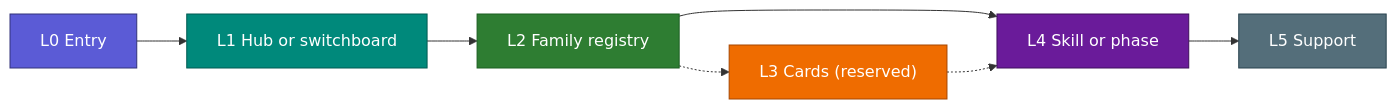
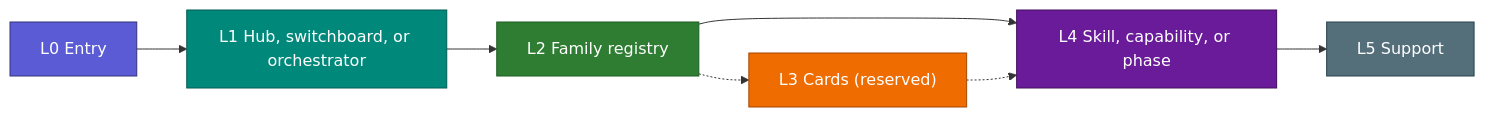
One commit to geekybobz/skills_ai changed the diagram in docs/05_COLOR_LAYERS.md. Above: the diagram before and after it, drawn with Mermaid. The commit also changed other lines of this file and 173 other files, not shown here.

````diff
--- a/docs/05_COLOR_LAYERS.md
+++ b/docs/05_COLOR_LAYERS.md
@@ -25,19 +28,19 @@
 ```mermaid
 flowchart LR
   classDef L0 fill:#5B5BD6,color:#fff,stroke:#32327A
   classDef L1 fill:#00897B,color:#fff,stroke:#005B52
   classDef L2 fill:#2E7D32,color:#fff,stroke:#1B5E20
   classDef L3 fill:#EF6C00,color:#fff,stroke:#A64700
   classDef L4 fill:#6A1B9A,color:#fff,stroke:#3E0F5C
   classDef L5 fill:#546E7A,color:#fff,stroke:#29434E
 
-  A["L0 Entry"] --> B["L1 Hub or switchboard"] --> C["L2 Family registry"] --> E["L4 Skill or phase"] --> F["L5 Support"]
+  A["L0 Entry"] --> B["L1 Hub, switchboard, or orchestrator"] --> C["L2 Family registry"] --> E["L4 Skill, capability, or phase"] --> F["L5 Support"]
   C -.-> D["L3 Cards (reserved)"] -.-> E
 
   class A L0
   class B L1
   class C L2
   class D L3
   class E L4
   class F L5
 ```
````
